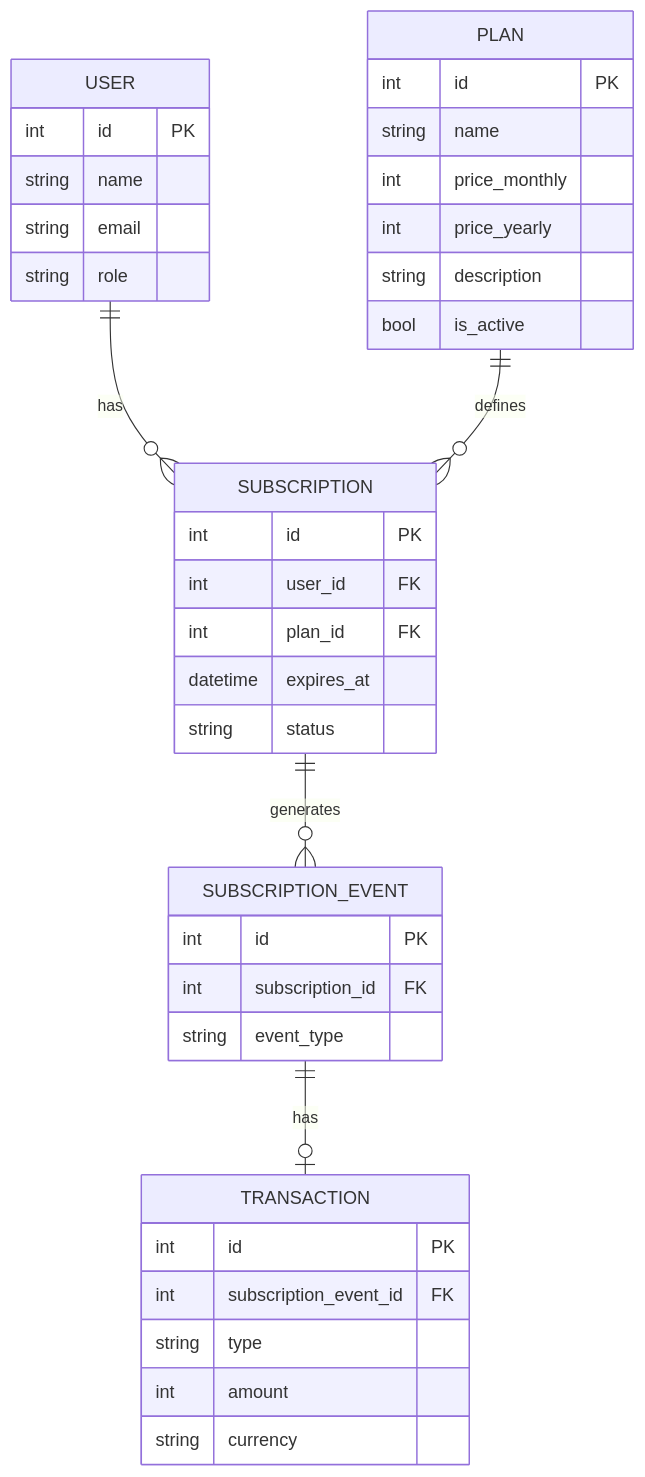
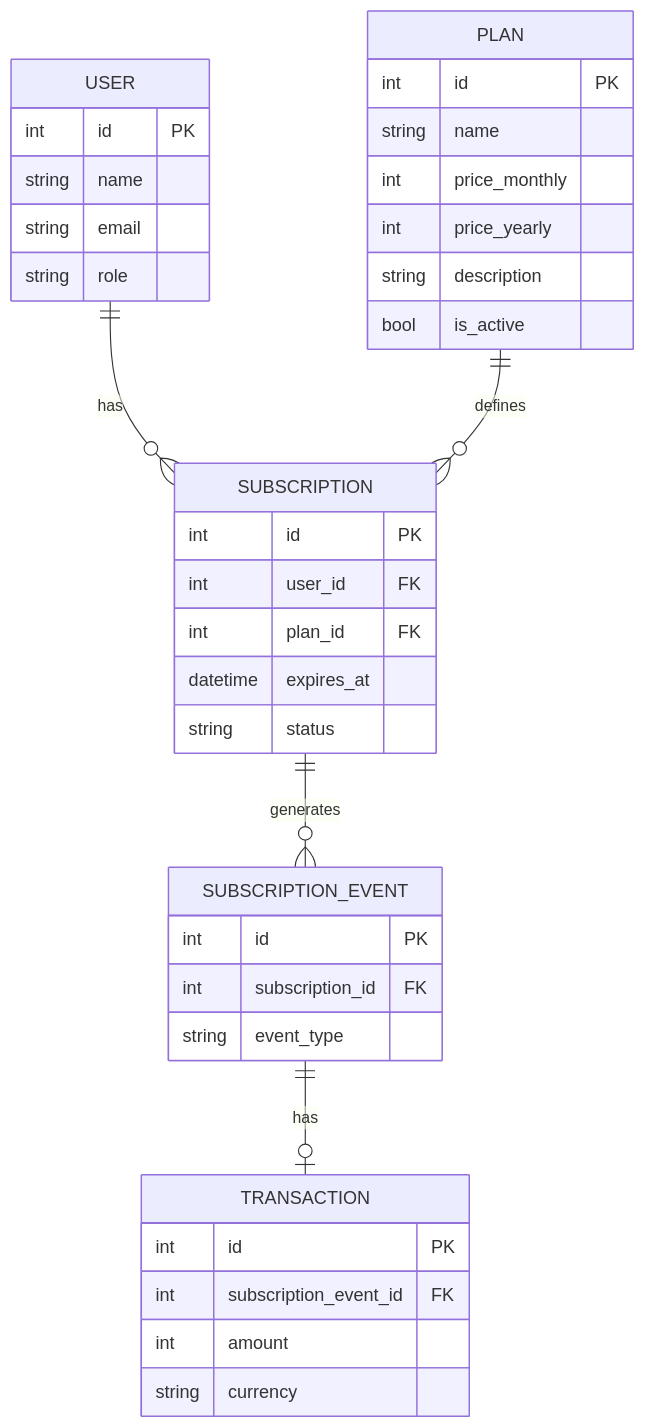
One commit to luidsonl/url-shortener-laravel-react changed the diagram in docs/ideas/ERD.md. Above: the diagram before and after it, drawn with Mermaid. The commit also changed 1 other file, not shown here.

Commit message:
feat: add transactions migration

````diff
--- a/docs/ideas/ERD.md
+++ b/docs/ideas/ERD.md
@@ -1,45 +1,44 @@
 ```mermaid
 erDiagram
     USER ||--o{ SUBSCRIPTION : has
     PLAN ||--o{ SUBSCRIPTION : defines
     SUBSCRIPTION ||--o{ SUBSCRIPTION_EVENT : generates
     SUBSCRIPTION_EVENT ||--o| TRANSACTION : has
     
     USER {
         int id PK
         string name
         string email
         string role
     }
     
     PLAN {
         int id PK
         string name
         int price_monthly
         int price_yearly
         string description
         bool is_active
     }
     
     SUBSCRIPTION {
         int id PK
         int user_id FK
         int plan_id FK
         datetime expires_at
         string status
     }
     
     SUBSCRIPTION_EVENT {
         int id PK
         int subscription_id FK
         string event_type
     }
 
     TRANSACTION {
         int id PK
         int subscription_event_id FK
-        string type
         int amount
         string currency
     }
 ```
````
